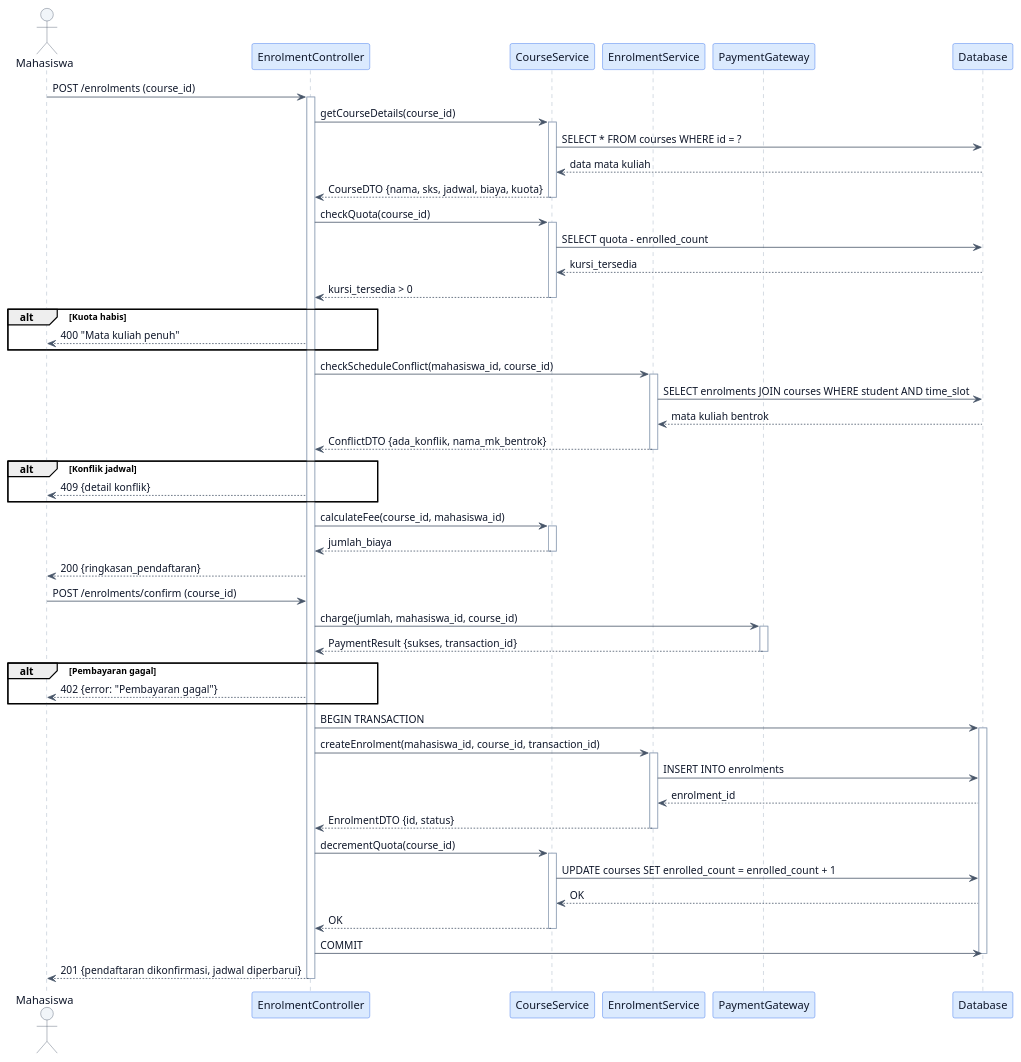
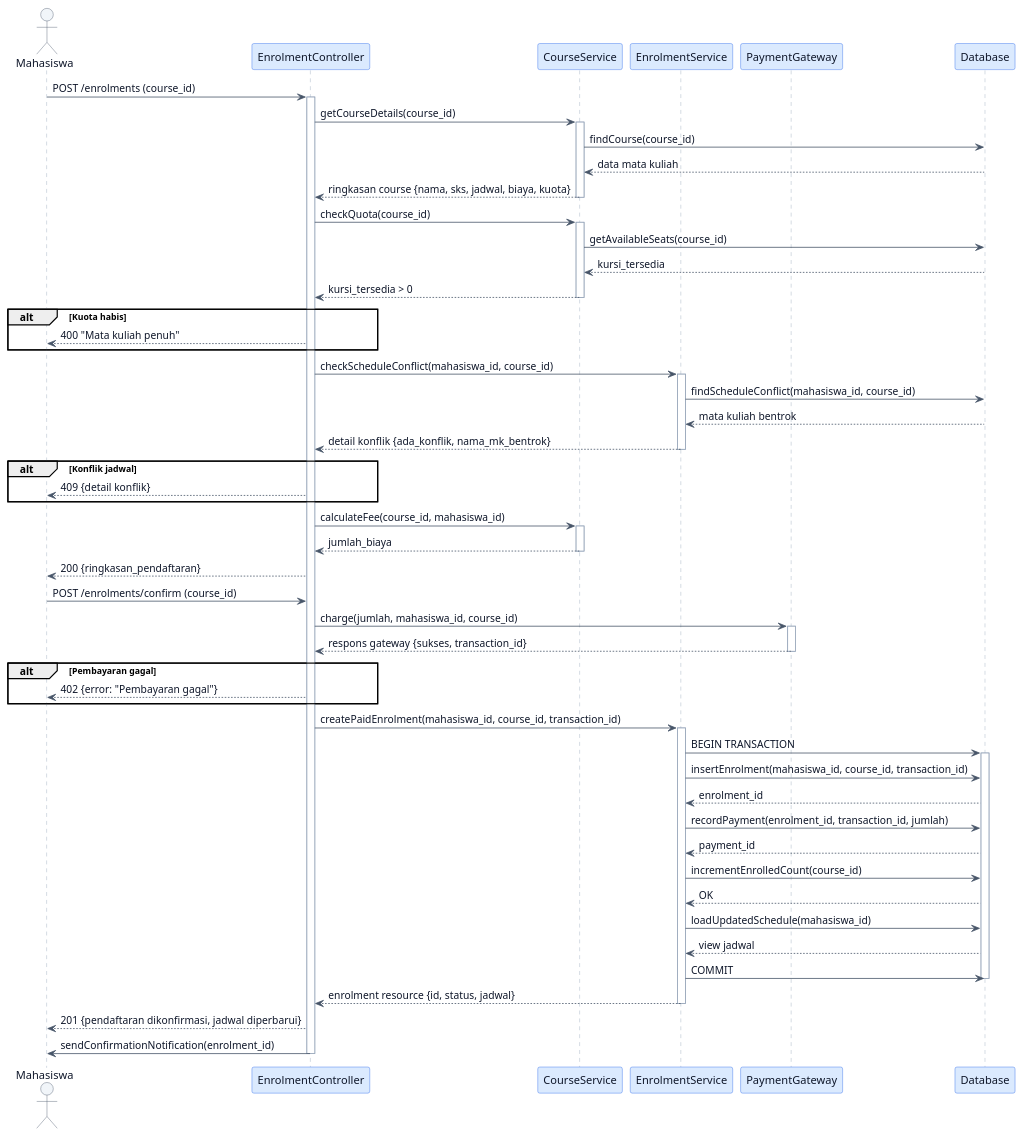
Before and after one commit to se-polinema/se-polinema.github.io: the second of 2 diagrams in src/content/blog/uml-series-part-4-sequence-diagram.md, drawn with PlantUML. The commit also changed other lines of this file and 21 other files, not shown here.

Commit message:
Fix hydration and align UML Laravel traceability

````diff
--- a/src/content/blog/uml-series-part-4-sequence-diagram.md
+++ b/src/content/blog/uml-series-part-4-sequence-diagram.md
@@ -365,14 +371,14 @@
 
 EC -> CS : getCourseDetails(course_id)
 activate CS
-CS -> DB : SELECT * FROM courses WHERE id = ?
+CS -> DB : findCourse(course_id)
 DB --> CS : data mata kuliah
-CS --> EC : CourseDTO {nama, sks, jadwal, biaya, kuota}
+CS --> EC : ringkasan course {nama, sks, jadwal, biaya, kuota}
 deactivate CS
 
 EC -> CS : checkQuota(course_id)
 activate CS
-CS -> DB : SELECT quota - enrolled_count
+CS -> DB : getAvailableSeats(course_id)
 DB --> CS : kursi_tersedia
 CS --> EC : kursi_tersedia > 0
 deactivate CS
@@ -383,9 +389,9 @@
 
 EC -> ES : checkScheduleConflict(mahasiswa_id, course_id)
 activate ES
-ES -> DB : SELECT enrolments JOIN courses WHERE student AND time_slot
+ES -> DB : findScheduleConflict(mahasiswa_id, course_id)
 DB --> ES : mata kuliah bentrok
-ES --> EC : ConflictDTO {ada_konflik, nama_mk_bentrok}
+ES --> EC : detail konflik {ada_konflik, nama_mk_bentrok}
 deactivate ES
 
 alt Konflik jadwal
@@ -403,34 +409,40 @@
 
 EC -> PG : charge(jumlah, mahasiswa_id, course_id)
 activate PG
-PG --> EC : PaymentResult {sukses, transaction_id}
+PG --> EC : respons gateway {sukses, transaction_id}
 deactivate PG
 
 alt Pembayaran gagal
   EC --> Mahasiswa : 402 {error: "Pembayaran gagal"}
 end
 
-EC -> DB : BEGIN TRANSACTION
+EC -> ES : createPaidEnrolment(mahasiswa_id, course_id, transaction_id)
+activate ES
+
+ES -> DB : BEGIN TRANSACTION
 activate DB
 
-EC -> ES : createEnrolment(mahasiswa_id, course_id, transaction_id)
-activate ES
-ES -> DB : INSERT INTO enrolments
+ES -> DB : insertEnrolment(mahasiswa_id, course_id, transaction_id)
 DB --> ES : enrolment_id
-ES --> EC : EnrolmentDTO {id, status}
+
+ES -> DB : recordPayment(enrolment_id, transaction_id, jumlah)
+DB --> ES : payment_id
+
+ES -> DB : incrementEnrolledCount(course_id)
+DB --> ES : OK
+
+ES -> DB : loadUpdatedSchedule(mahasiswa_id)
+DB --> ES : view jadwal
+
+ES -> DB : COMMIT
+deactivate DB
+
+ES --> EC : enrolment resource {id, status, jadwal}
 deactivate ES
 
-EC -> CS : decrementQuota(course_id)
-activate CS
-CS -> DB : UPDATE courses SET enrolled_count = enrolled_count + 1
-DB --> CS : OK
-CS --> EC : OK
-deactivate CS
+EC --> Mahasiswa : 201 {pendaftaran dikonfirmasi, jadwal diperbarui}
+EC -> Mahasiswa : sendConfirmationNotification(enrolment_id)
 
-EC -> DB : COMMIT
-deactivate DB
-
-EC --> Mahasiswa : 201 {pendaftaran dikonfirmasi, jadwal diperbarui}
 deactivate EC
 @enduml
 ```
````
